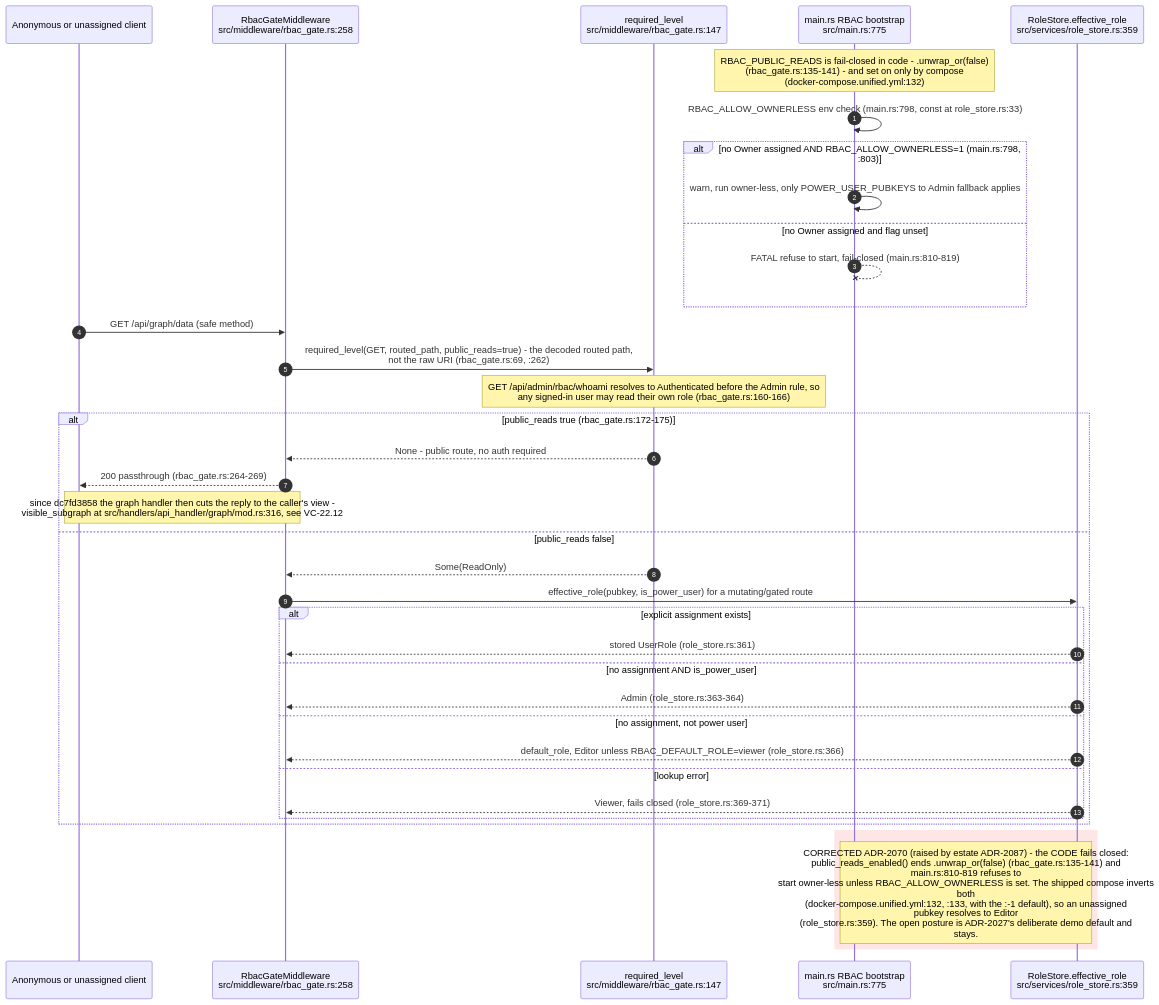
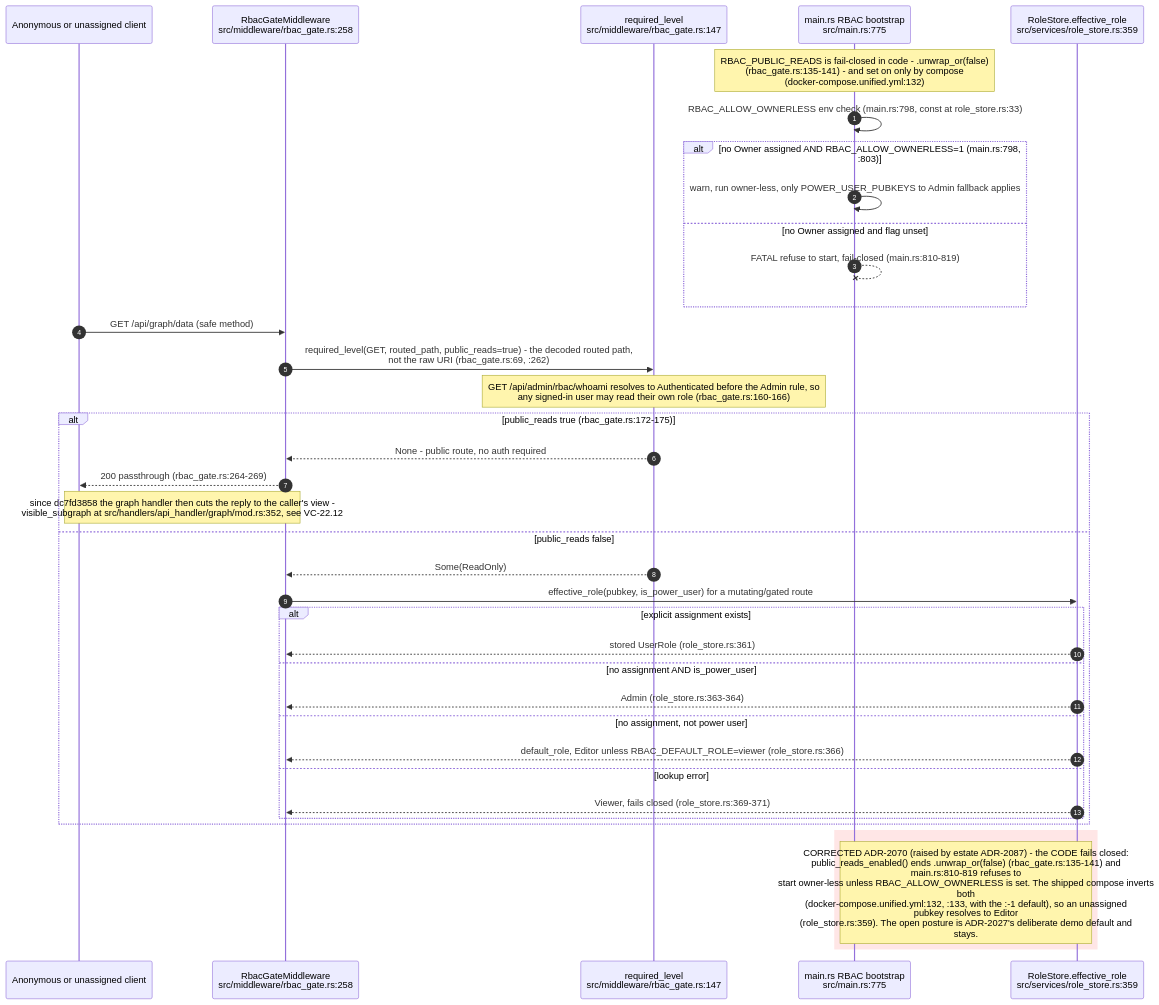
One commit to DreamLab-AI/VisionFlow changed the ninth of 14 diagrams in docs/diagrams/visionclaw/22-data-authority-provenance-erasure.md. Above: the diagram before and after it, drawn with Mermaid. The commit also changed other lines of this file and 81 other files, not shown here.

First line of the commit message:
docs(diagrams): roll VisionClaw topics to main 010e1109b (PR 37 and 38 merged); fix remaining prose citations

````diff
--- a/docs/diagrams/visionclaw/22-data-authority-provenance-erasure.md
+++ b/docs/diagrams/visionclaw/22-data-authority-provenance-erasure.md
@@ -409,40 +409,40 @@
 ```mermaid
 sequenceDiagram
     autonumber
     participant C as Anonymous or unassigned client
     participant GATE as RbacGateMiddleware<br/>src/middleware/rbac_gate.rs:258
     participant REQ as required_level<br/>src/middleware/rbac_gate.rs:147
     participant BOOT as main.rs RBAC bootstrap<br/>src/main.rs:775
     participant RS as RoleStore.effective_role<br/>src/services/role_store.rs:359
 
     Note over BOOT: RBAC_PUBLIC_READS is fail-closed in code - .unwrap_or(false)<br/>(rbac_gate.rs:135-141) - and set on only by compose<br/>(docker-compose.unified.yml:132)
     BOOT->>BOOT: RBAC_ALLOW_OWNERLESS env check (main.rs:798, const at role_store.rs:33)
     alt no Owner assigned AND RBAC_ALLOW_OWNERLESS=1 (main.rs:798, :803)
         BOOT->>BOOT: warn, run owner-less, only POWER_USER_PUBKEYS to Admin fallback applies
     else no Owner assigned and flag unset
         BOOT--xBOOT: FATAL refuse to start, fail-closed (main.rs:810-819)
     end
     C->>GATE: GET /api/graph/data (safe method)
     GATE->>REQ: required_level(GET, routed_path, public_reads=true) - the decoded routed path,<br/>not the raw URI (rbac_gate.rs:69, :262)
     Note over REQ: GET /api/admin/rbac/whoami resolves to Authenticated before the Admin rule, so<br/>any signed-in user may read their own role (rbac_gate.rs:160-166)
     alt public_reads true (rbac_gate.rs:172-175)
         REQ-->>GATE: None - public route, no auth required
         GATE-->>C: 200 passthrough (rbac_gate.rs:264-269)
-        Note over C,GATE: since dc7fd3858 the graph handler then cuts the reply to the caller's view -<br/>visible_subgraph at src/handlers/api_handler/graph/mod.rs:316, see VC-22.12
+        Note over C,GATE: since dc7fd3858 the graph handler then cuts the reply to the caller's view -<br/>visible_subgraph at src/handlers/api_handler/graph/mod.rs:352, see VC-22.12
     else public_reads false
         REQ-->>GATE: Some(ReadOnly)
         GATE->>RS: effective_role(pubkey, is_power_user) for a mutating/gated route
         alt explicit assignment exists
             RS-->>GATE: stored UserRole (role_store.rs:361)
         else no assignment AND is_power_user
             RS-->>GATE: Admin (role_store.rs:363-364)
         else no assignment, not power user
             RS-->>GATE: default_role, Editor unless RBAC_DEFAULT_ROLE=viewer (role_store.rs:366)
         else lookup error
             RS-->>GATE: Viewer, fails closed (role_store.rs:369-371)
         end
     end
     rect rgb(255, 230, 230)
     Note over BOOT,RS: CORRECTED ADR-2070 (raised by estate ADR-2087) - the CODE fails closed:<br/>public_reads_enabled() ends .unwrap_or(false) (rbac_gate.rs:135-141) and<br/>main.rs:810-819 refuses to<br/>start owner-less unless RBAC_ALLOW_OWNERLESS is set. The shipped compose inverts<br/>both<br/>(docker-compose.unified.yml:132, :133, with the :-1 default), so an unassigned<br/>pubkey resolves to Editor<br/>(role_store.rs:359). The open posture is ADR-2027's deliberate demo default and<br/>stays.
     end
 ```
````
